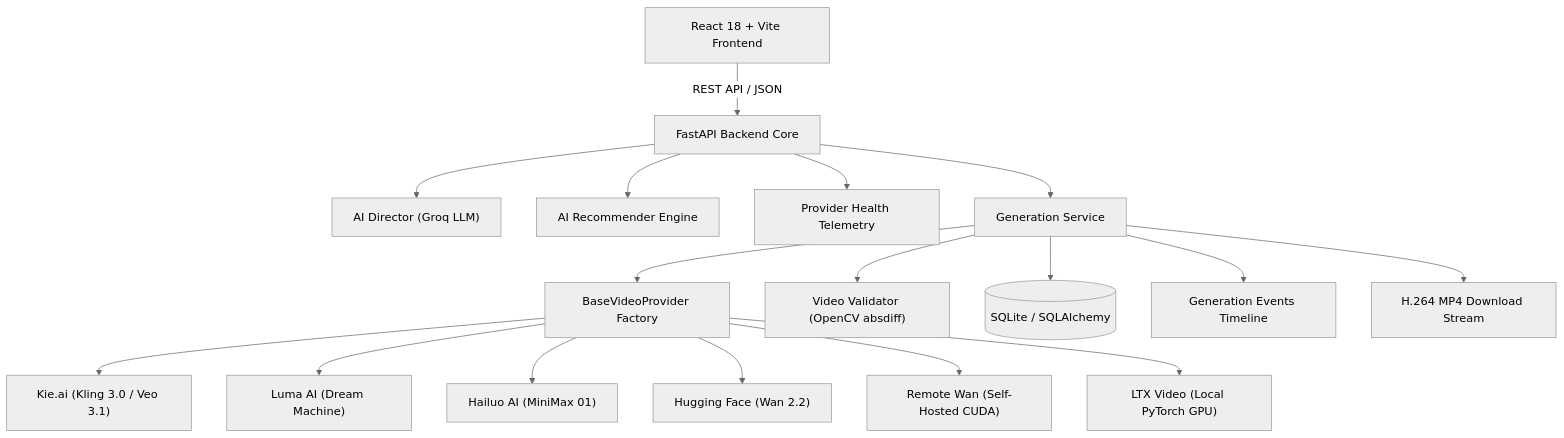
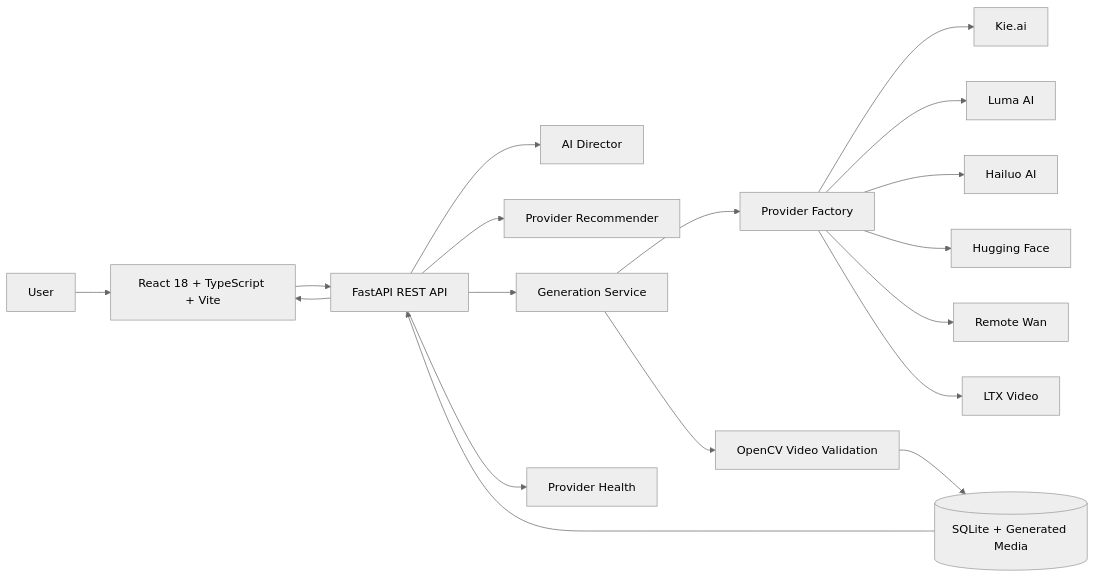
The diagram in README.md (rzvn6660/Moviq), drawn with Mermaid (neutral theme) before and after one commit. The commit also changed other lines of this file, not shown here.

````diff
--- a/README.md
+++ b/README.md
@@ -66,21 +125,31 @@
 ```mermaid
-flowchart TD
-    UI["React 18 + Vite Frontend"] -->|REST API / JSON| API["FastAPI Backend Core"]
-    API --> AID["AI Director (Groq LLM)"]
-    API --> REC["AI Recommender Engine"]
-    API --> HLT["Provider Health Telemetry"]
-    API --> GEN["Generation Service"]
-    GEN --> FACT["BaseVideoProvider Factory"]
-    
-    FACT --> KIE["Kie.ai (Kling 3.0 / Veo 3.1)"]
-    FACT --> LUMA["Luma AI (Dream Machine)"]
-    FACT --> HAI["Hailuo AI (MiniMax 01)"]
-    FACT --> HF["Hugging Face (Wan 2.2)"]
-    FACT --> RWAN["Remote Wan (Self-Hosted CUDA)"]
-    FACT --> LTX["LTX Video (Local PyTorch GPU)"]
+flowchart LR
 
-    GEN --> VAL["Video Validator (OpenCV absdiff)"]
-    GEN --> DB[(SQLite / SQLAlchemy)]
-    GEN --> EVT["Generation Events Timeline"]
-    GEN --> DL["H.264 MP4 Download Stream"]
+    U[User]
+
+    U --> FE[React 18 + TypeScript + Vite]
+
+    FE --> API[FastAPI REST API]
+
+    API --> DIR[AI Director]
+    API --> REC[Provider Recommender]
+    API --> GEN[Generation Service]
+    API --> HEALTH[Provider Health]
+
+    GEN --> FACTORY[Provider Factory]
+
+    FACTORY --> KIE[Kie.ai]
+    FACTORY --> LUMA[Luma AI]
+    FACTORY --> HAILUO[Hailuo AI]
+    FACTORY --> HF[Hugging Face]
+    FACTORY --> WAN[Remote Wan]
+    FACTORY --> LTX[LTX Video]
+
+    GEN --> VALIDATOR[OpenCV Video Validation]
+
+    VALIDATOR --> STORAGE[(SQLite + Generated Media)]
+
+    STORAGE --> API
+
+    API --> FE
 ```
````
